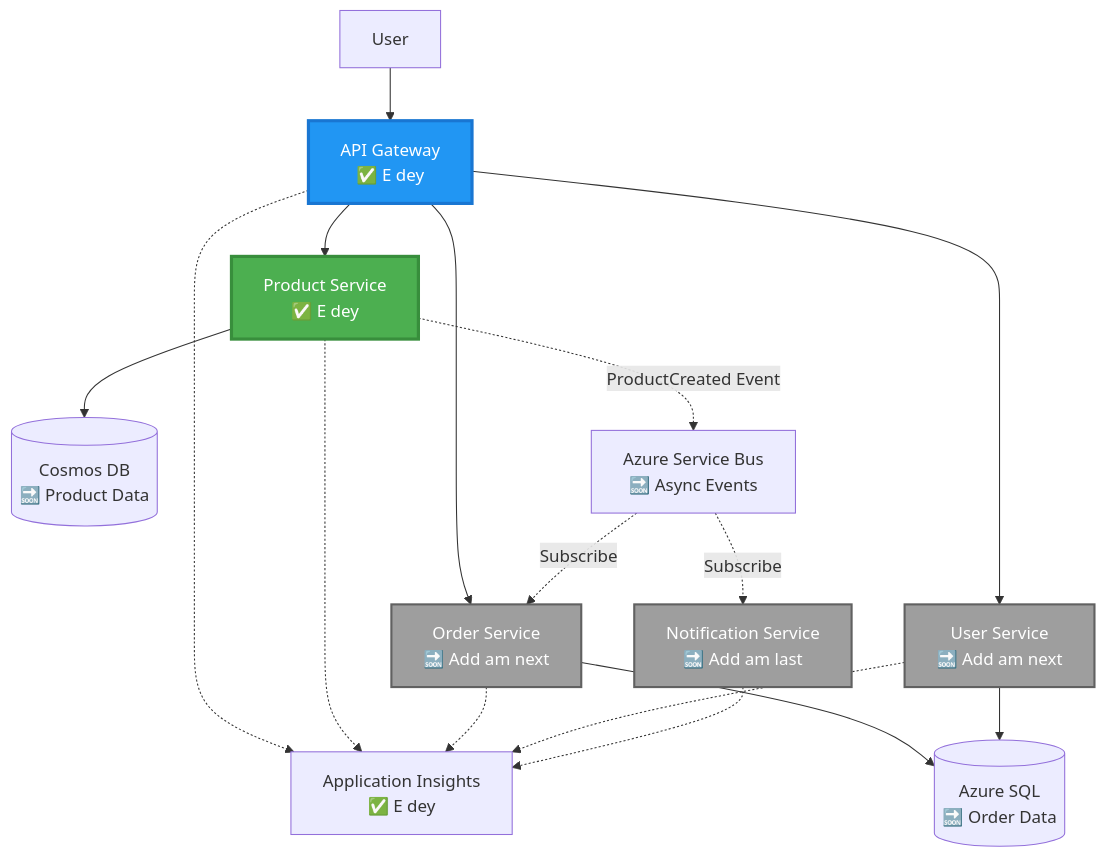
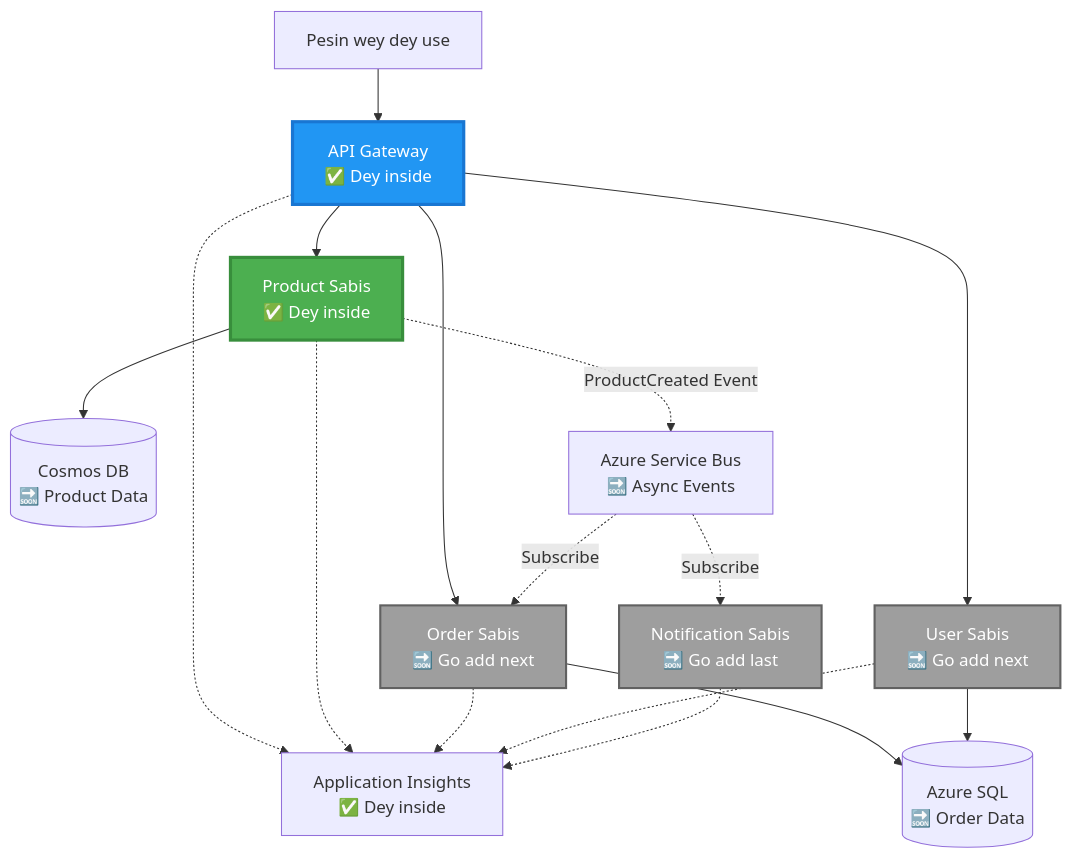
The second of 4 diagrams in translations/pcm/examples/microservices/README.md (microsoft/AZD-for-beginners), drawn with Mermaid before and after one commit. The commit also changed other lines of this file and 245 other files, not shown here.

````diff
--- a/translations/pcm/examples/microservices/README.md
+++ b/translations/pcm/examples/microservices/README.md
@@ -78,39 +69,39 @@
 ```mermaid
 graph TB
-    User[User]
-    Gateway[API Gateway<br/>✅ E dey]
-    Product[Product Service<br/>✅ E dey]
-    Order[Order Service<br/>🔜 Add am next]
-    UserSvc[User Service<br/>🔜 Add am next]
-    Notify[Notification Service<br/>🔜 Add am last]
+    User[Pesin wey dey use]
+    Gateway[API Gateway<br/>✅ Dey inside]
+    Product[Product Sabis<br/>✅ Dey inside]
+    Order[Order Sabis<br/>🔜 Go add next]
+    UserSvc[User Sabis<br/>🔜 Go add next]
+    Notify[Notification Sabis<br/>🔜 Go add last]
     
     CosmosDB[(Cosmos DB<br/>🔜 Product Data)]
     AzureSQL[(Azure SQL<br/>🔜 Order Data)]
     ServiceBus[Azure Service Bus<br/>🔜 Async Events]
-    AppInsights[Application Insights<br/>✅ E dey]
+    AppInsights[Application Insights<br/>✅ Dey inside]
     
     User --> Gateway
     Gateway --> Product
     Gateway --> Order
     Gateway --> UserSvc
     
     Product --> CosmosDB
     Order --> AzureSQL
     UserSvc --> AzureSQL
     
     Product -.->|ProductCreated Event| ServiceBus
     ServiceBus -.->|Subscribe| Notify
     ServiceBus -.->|Subscribe| Order
     
     Gateway -.-> AppInsights
     Product -.-> AppInsights
     Order -.-> AppInsights
     UserSvc -.-> AppInsights
     Notify -.-> AppInsights
     
     style Product fill:#4CAF50,stroke:#388E3C,stroke-width:3px,color:#fff
     style Gateway fill:#2196F3,stroke:#1976D2,stroke-width:3px,color:#fff
     style Order fill:#9E9E9E,stroke:#616161,stroke-width:2px,color:#fff
     style UserSvc fill:#9E9E9E,stroke:#616161,stroke-width:2px,color:#fff
     style Notify fill:#9E9E9E,stroke:#616161,stroke-width:2px,color:#fff
 ```
````
